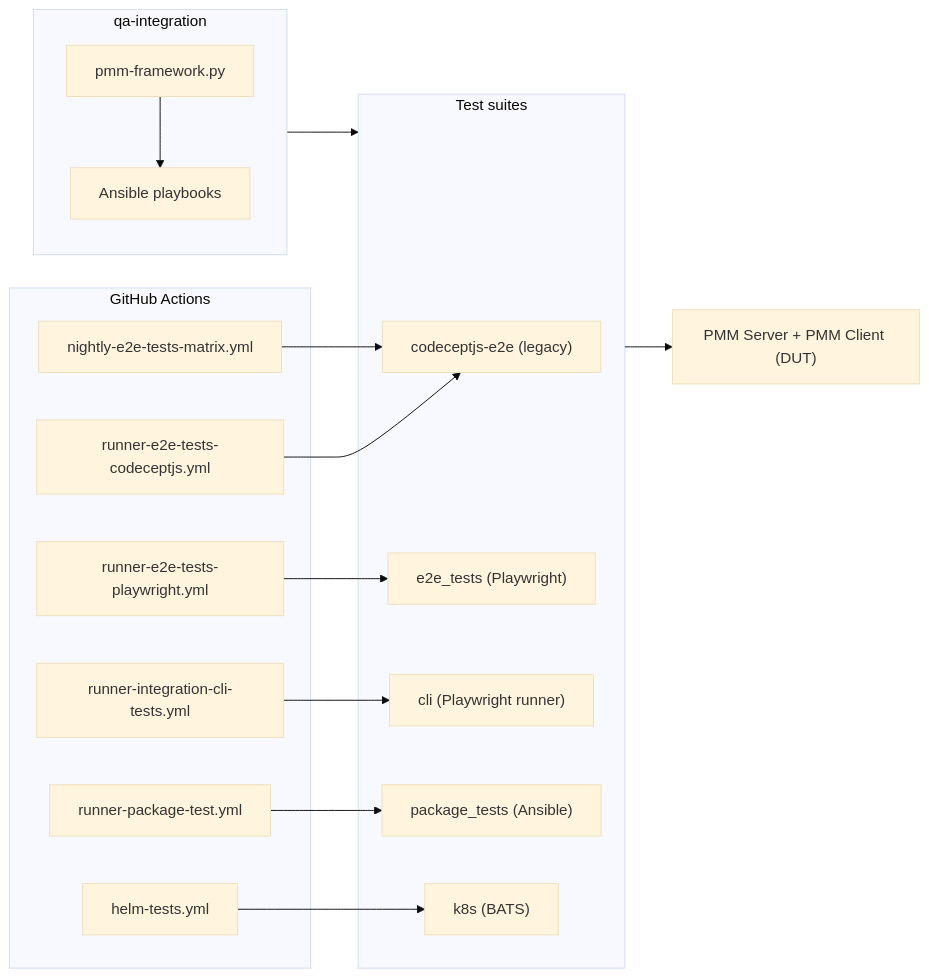
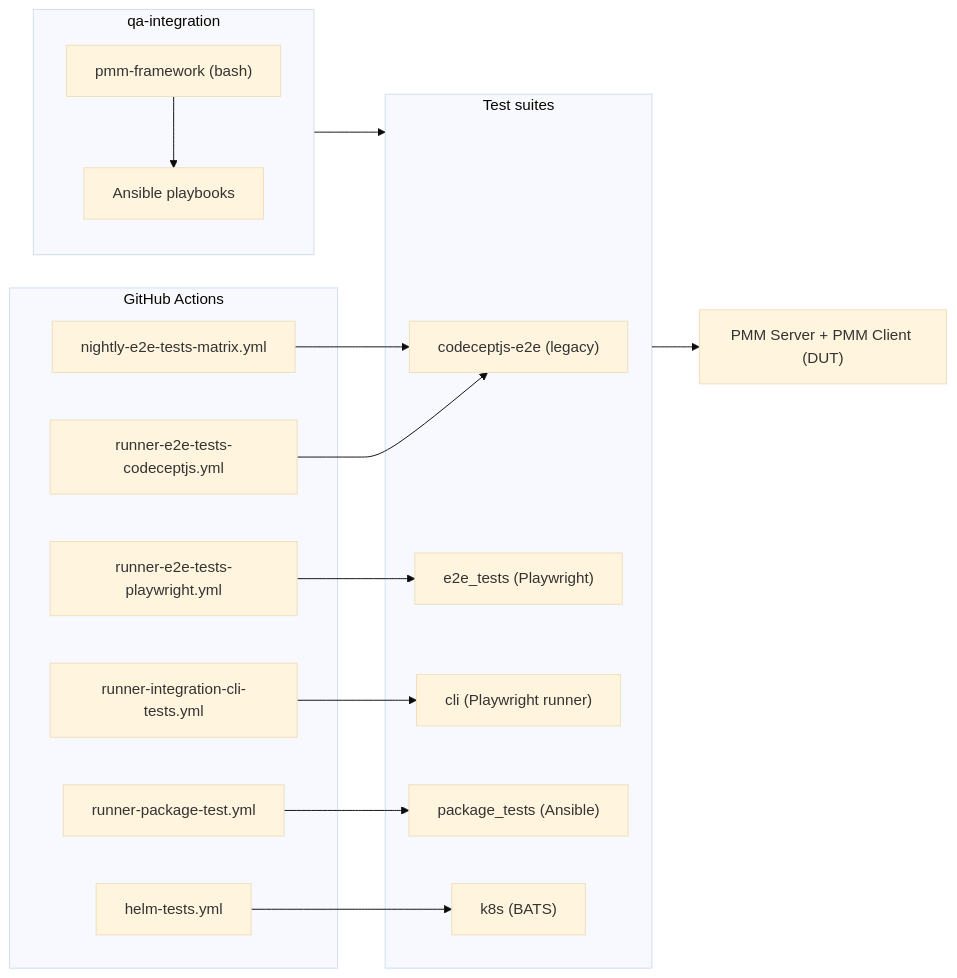
The diagram in AGENTS.md (percona/pmm-qa), drawn with Mermaid (base theme) before and after one commit. The commit also changed other lines of this file and 11 other files, not shown here.

Commit message:
PMM-15275 remove pmm-framework pythong related code

````diff
--- a/AGENTS.md
+++ b/AGENTS.md
@@ -48,34 +48,34 @@
 ```mermaid
 flowchart LR
     subgraph Drivers["GitHub Actions"]
         ghaCjs["runner-e2e-tests-codeceptjs.yml"]
         ghaPw["runner-e2e-tests-playwright.yml"]
         ghaCli["runner-integration-cli-tests.yml"]
         ghaPkg["runner-package-test.yml"]
         ghaHelm["helm-tests.yml"]
         ghaNightly["nightly-e2e-tests-matrix.yml"]
     end
 
     subgraph Setup["qa-integration"]
-        framework["pmm-framework.py"]
+        framework["pmm-framework (bash)"]
         ansible["Ansible playbooks"]
         framework --> ansible
     end
 
     subgraph Suites["Test suites"]
         cjs["codeceptjs-e2e (legacy)"]
         e2e["e2e_tests (Playwright)"]
         cli["cli (Playwright runner)"]
         pkg["package_tests (Ansible)"]
         helm["k8s (BATS)"]
     end
 
     Setup --> Suites
     ghaCjs --> cjs
     ghaPw --> e2e
     ghaCli --> cli
     ghaPkg --> pkg
     ghaHelm --> helm
     ghaNightly --> cjs
     Suites --> DUT["PMM Server + PMM Client (DUT)"]
 ```
````
